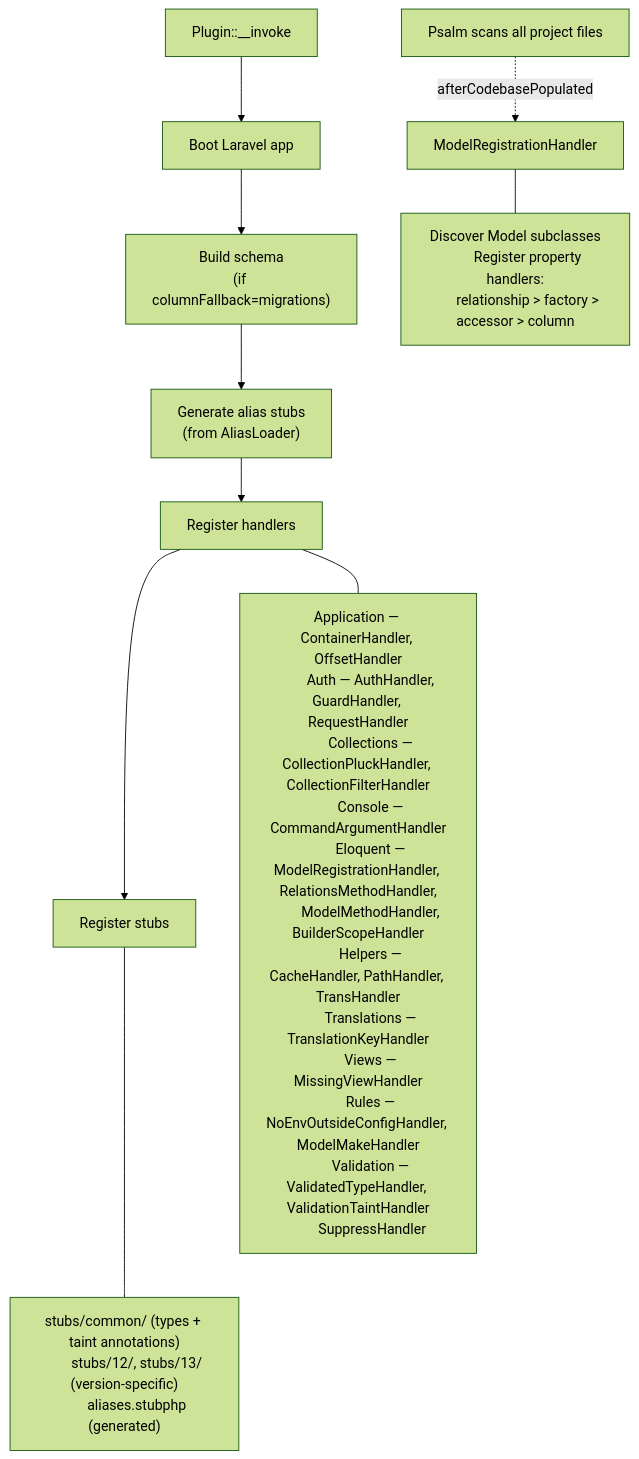
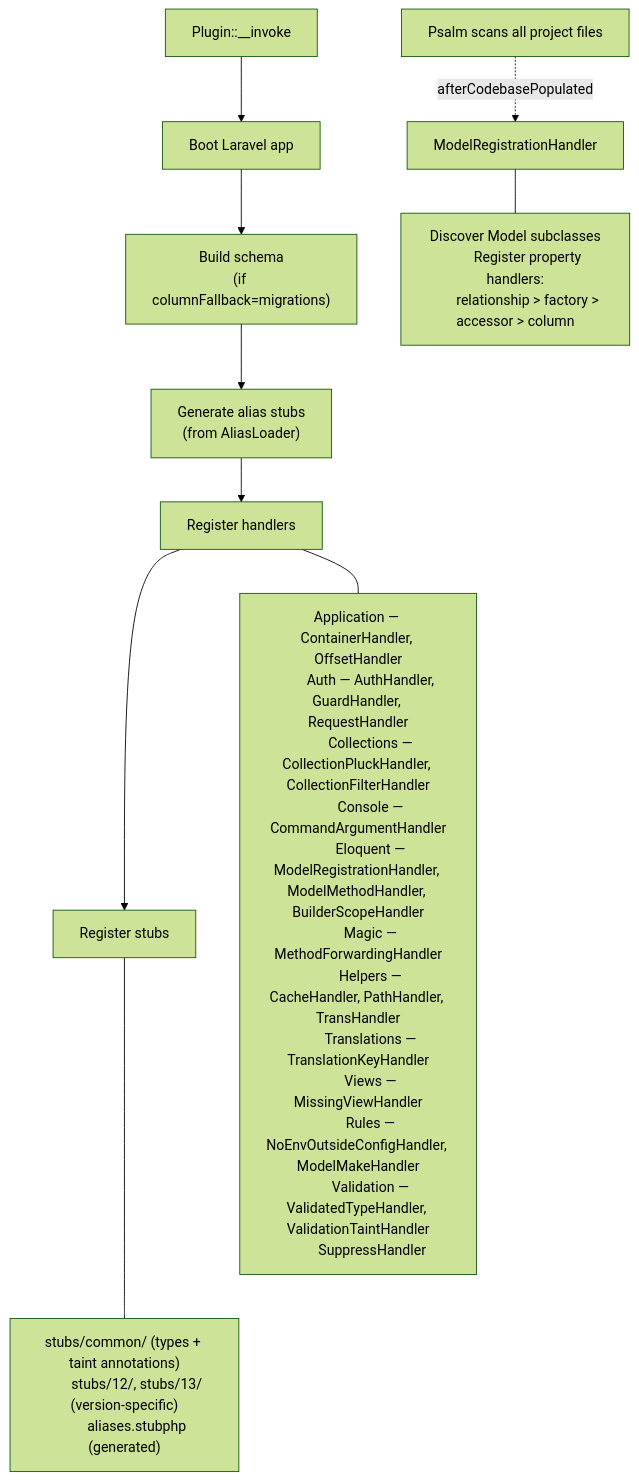
The first of 2 diagrams in docs/contributing/README.md (psalm/psalm-plugin-laravel), drawn with Mermaid (forest theme) before and after one commit. The commit also changed other lines of this file and 1 other file, not shown here.

Commit message:
fix: update stale RelationsMethodHandler references in docs
Replace with MethodForwardingHandler to match the actual handler name
after the architecture refactor.

````diff
--- a/docs/contributing/README.md
+++ b/docs/contributing/README.md
@@ -19,36 +19,36 @@
 ```mermaid
 flowchart TD
     A["Plugin::__invoke"] --> B["Boot Laravel app"]
     B --> C["Build schema\n(if columnFallback=migrations)"]
     C --> D["Generate alias stubs\n(from AliasLoader)"]
     D --> E["Register handlers"]
     E --> F["Register stubs"]
 
     E --- handlers["
         Application — ContainerHandler, OffsetHandler
         Auth — AuthHandler, GuardHandler, RequestHandler
         Collections — CollectionPluckHandler, CollectionFilterHandler
         Console — CommandArgumentHandler
-        Eloquent — ModelRegistrationHandler, RelationsMethodHandler,
-        ModelMethodHandler, BuilderScopeHandler
+        Eloquent — ModelRegistrationHandler, ModelMethodHandler, BuilderScopeHandler
+        Magic — MethodForwardingHandler
         Helpers — CacheHandler, PathHandler, TransHandler
         Translations — TranslationKeyHandler
         Views — MissingViewHandler
         Rules — NoEnvOutsideConfigHandler, ModelMakeHandler
         Validation — ValidatedTypeHandler, ValidationTaintHandler
         SuppressHandler
     "]
 
     F --- stubs["
         stubs/common/ (types + taint annotations)
         stubs/12/, stubs/13/ (version-specific)
         aliases.stubphp (generated)
     "]
 
     G["Psalm scans all project files"] -.->|afterCodebasePopulated| H["ModelRegistrationHandler"]
     H --- models["
         Discover Model subclasses
         Register property handlers:
         relationship > factory > accessor > column
     "]
 ```
````
